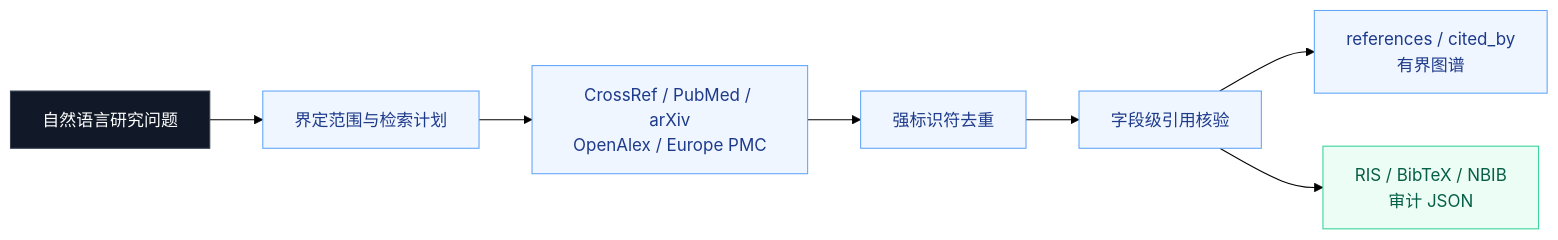
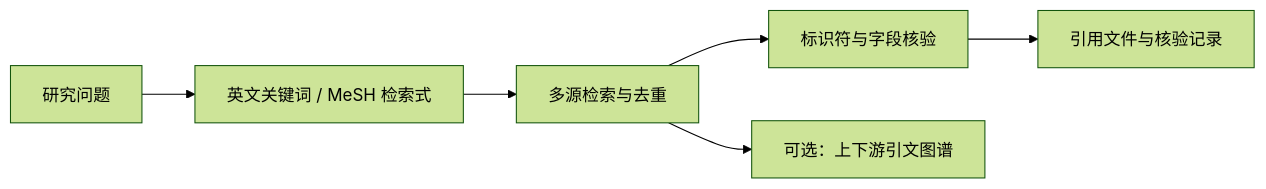
Before and after one commit to wp-a/nature-academic-search: the diagram in README.md, drawn with Mermaid (forest theme). The commit also changed other lines of this file and 24 other files, not shown here.

````diff
--- a/README.md
+++ b/README.md
@@ -52,16 +31,8 @@
 ```mermaid
 flowchart LR
-    Q[自然语言研究问题] --> P[界定范围与检索计划]
-    P --> S[CrossRef / PubMed / arXiv<br/>OpenAlex / Europe PMC]
-    S --> D[强标识符去重]
-    D --> V[字段级引用核验]
-    V --> G[references / cited_by<br/>有界图谱]
-    V --> E[RIS / BibTeX / NBIB<br/>审计 JSON]
-
-    classDef input fill:#111827,color:#fff,stroke:#374151
-    classDef process fill:#eff6ff,color:#1e3a8a,stroke:#60a5fa
-    classDef output fill:#ecfdf5,color:#065f46,stroke:#34d399
-    class Q input
-    class P,S,D,V,G process
-    class E output
+    Q[研究问题] --> P[英文关键词 / MeSH 检索式]
+    P --> S[多源检索与去重]
+    S --> V[标识符与字段核验]
+    V --> E[引用文件与核验记录]
+    S --> G[可选：上下游引文图谱]
 ```
````
